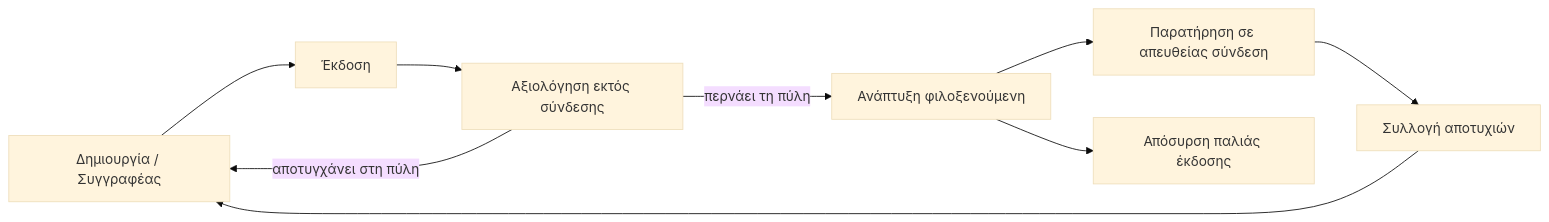
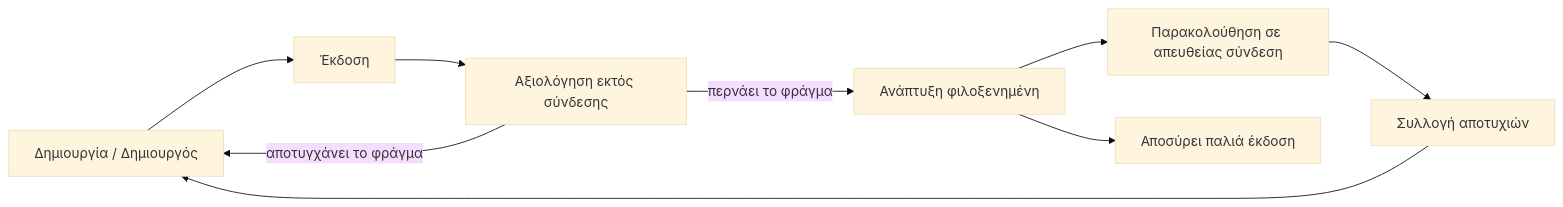
The second of 4 diagrams in translations/el/16-deploying-scalable-agents/README.md (microsoft/ai-agents-for-beginners), drawn with Mermaid (base theme) before and after one commit. The commit also changed other lines of this file and 46 other files, not shown here.

````diff
--- a/translations/el/16-deploying-scalable-agents/README.md
+++ b/translations/el/16-deploying-scalable-agents/README.md
@@ -108,11 +108,11 @@
 ```mermaid
 flowchart LR
-    Create[Δημιουργία / Συγγραφέας] --> Version[Έκδοση]
+    Create[Δημιουργία / Δημιουργός] --> Version[Έκδοση]
     Version --> Evaluate[Αξιολόγηση εκτός σύνδεσης]
-    Evaluate -->|περνάει τη πύλη| Deploy[Ανάπτυξη φιλοξενούμενη]
-    Evaluate -->|αποτυγχάνει στη πύλη| Create
-    Deploy --> Observe[Παρατήρηση σε απευθείας σύνδεση]
+    Evaluate -->|περνάει το φράγμα| Deploy[Ανάπτυξη φιλοξενημένη]
+    Evaluate -->|αποτυγχάνει το φράγμα| Create
+    Deploy --> Observe[Παρακολούθηση σε απευθείας σύνδεση]
     Observe --> Improve[Συλλογή αποτυχιών]
     Improve --> Create
-    Deploy --> Retire[Απόσυρση παλιάς έκδοσης]
+    Deploy --> Retire[Αποσύρει παλιά έκδοση]
 ```
````
